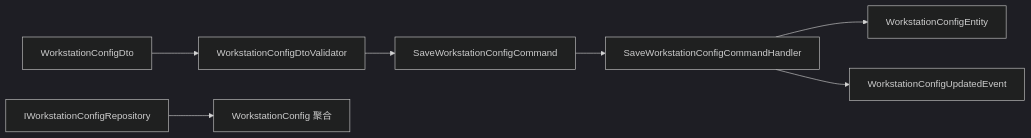
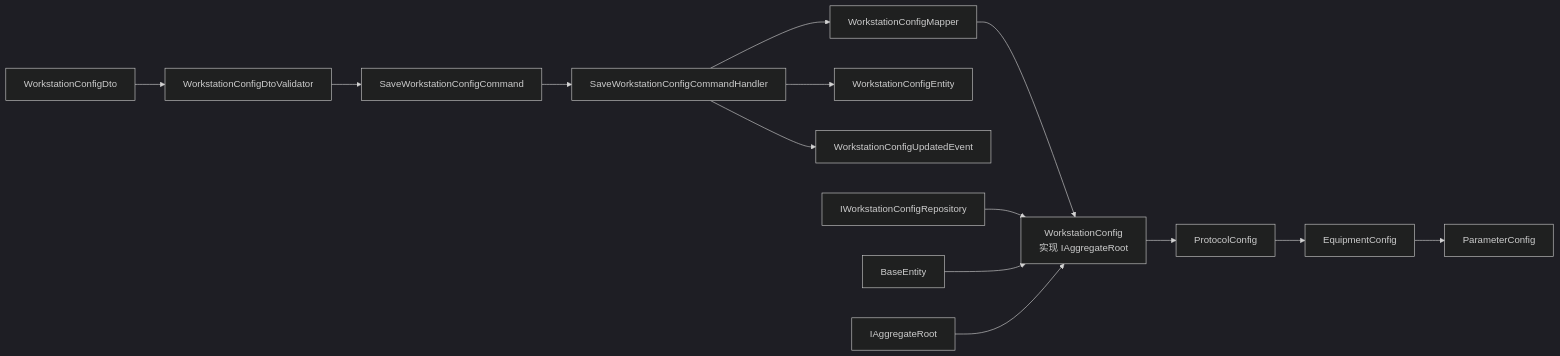
One commit to whitemousetl/IndustrialDataSolution changed the fifth of 5 diagrams in .qoder/repowiki/zh/content/领域模型设计/工作站配置模型.md. Above: the diagram before and after it, drawn with Mermaid (dark theme). The commit also changed other lines of this file and 18 other files, not shown here.

````diff
--- a/.qoder/repowiki/zh/content/领域模型设计/工作站配置模型.md
+++ b/.qoder/repowiki/zh/content/领域模型设计/工作站配置模型.md
@@ -315,9 +407,16 @@
 ```mermaid
 graph LR
 DTO["WorkstationConfigDto"] --> Validator["WorkstationConfigDtoValidator"]
 Validator --> Command["SaveWorkstationConfigCommand"]
 Command --> Handler["SaveWorkstationConfigCommandHandler"]
+Handler --> Mapper["WorkstationConfigMapper"]
+Mapper --> Domain["WorkstationConfig<br/>实现 IAggregateRoot"]
+Domain --> Protocol["ProtocolConfig"]
+Protocol --> Equipment["EquipmentConfig"]
+Equipment --> Parameter["ParameterConfig"]
 Handler --> Entity["WorkstationConfigEntity"]
 Handler --> Event["WorkstationConfigUpdatedEvent"]
-Repo["IWorkstationConfigRepository"] --> Domain["WorkstationConfig 聚合"]
+Repo["IWorkstationConfigRepository"] --> Domain
+BaseEntity["BaseEntity"] --> Domain
+IAggregateRoot["IAggregateRoot"] --> Domain
 ```
````
